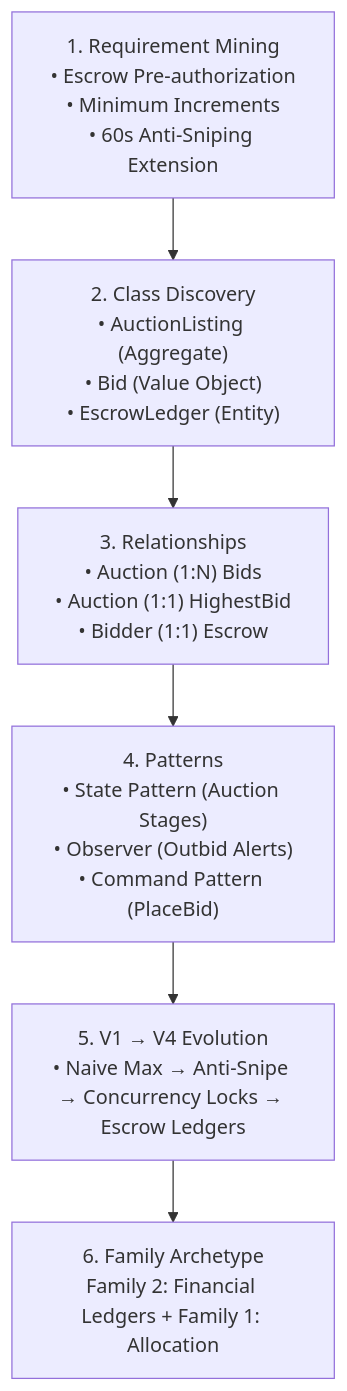
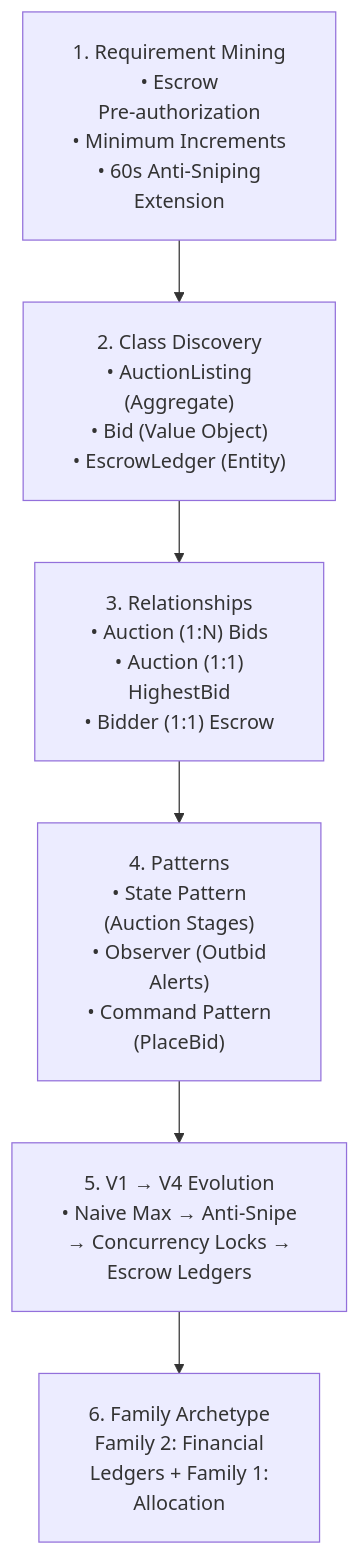
The first of 2 diagrams in LLD/04_Tier4_Senior_Backend/36_Online_Auction_System.md (dip4k/DSA_102), drawn with Mermaid before and after one commit. The commit also changed 108 other files, not shown here.

First line of the commit message:
fix(mermaid): resolve diagram clipping, padding, and syntax issues across repo

````diff
--- a/LLD/04_Tier4_Senior_Backend/36_Online_Auction_System.md
+++ b/LLD/04_Tier4_Senior_Backend/36_Online_Auction_System.md
@@ -14,8 +14,9 @@
 ```mermaid
+%%{init: {"flowchart": {"htmlLabels": true, "padding": 20}}}%%
 flowchart TD
-    A["1. Requirement Mining<br/>• Escrow Pre-authorization<br/>• Minimum Increments<br/>• 60s Anti-Sniping Extension"] --> B["2. Class Discovery<br/>• AuctionListing (Aggregate)<br/>• Bid (Value Object)<br/>• EscrowLedger (Entity)"]
-    B --> C["3. Relationships<br/>• Auction (1:N) Bids<br/>• Auction (1:1) HighestBid<br/>• Bidder (1:1) Escrow"]
-    C --> D["4. Patterns<br/>• State Pattern (Auction Stages)<br/>• Observer (Outbid Alerts)<br/>• Command Pattern (PlaceBid)"]
-    D --> E["5. V1 → V4 Evolution<br/>• Naive Max → Anti-Snipe → Concurrency Locks → Escrow Ledgers"]
-    E --> F["6. Family Archetype<br/>Family 2: Financial Ledgers + Family 1: Allocation"]
+    A["1. Requirement Mining<br/>• Escrow<br/>Pre-authorization<br/>• Minimum Increments<br/>• 60s Anti-Sniping<br/>Extension"] --> B["2. Class Discovery<br/>• AuctionListing<br/>(Aggregate)<br/>• Bid (Value Object)<br/>• EscrowLedger (Entity)"]
+    B --> C["3. Relationships<br/>• Auction (1:N) Bids<br/>• Auction (1:1)<br/>HighestBid<br/>• Bidder (1:1) Escrow"]
+    C --> D["4. Patterns<br/>• State Pattern<br/>(Auction Stages)<br/>• Observer (Outbid<br/>Alerts)<br/>• Command Pattern<br/>(PlaceBid)"]
+    D --> E["5. V1 → V4 Evolution<br/>• Naive Max → Anti-Snipe<br/>→ Concurrency Locks →<br/>Escrow Ledgers"]
+    E --> F["6. Family Archetype<br/>Family 2: Financial<br/>Ledgers + Family 1:<br/>Allocation"]
 ```
````
